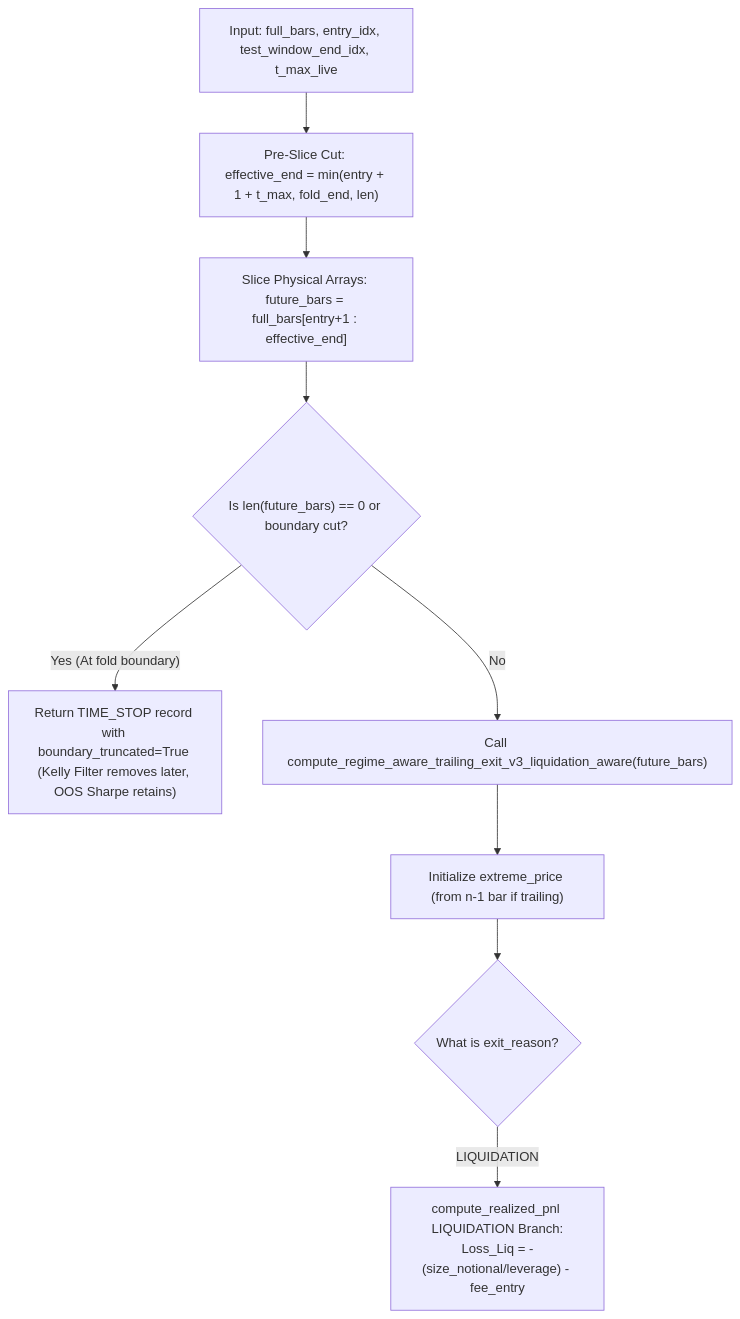
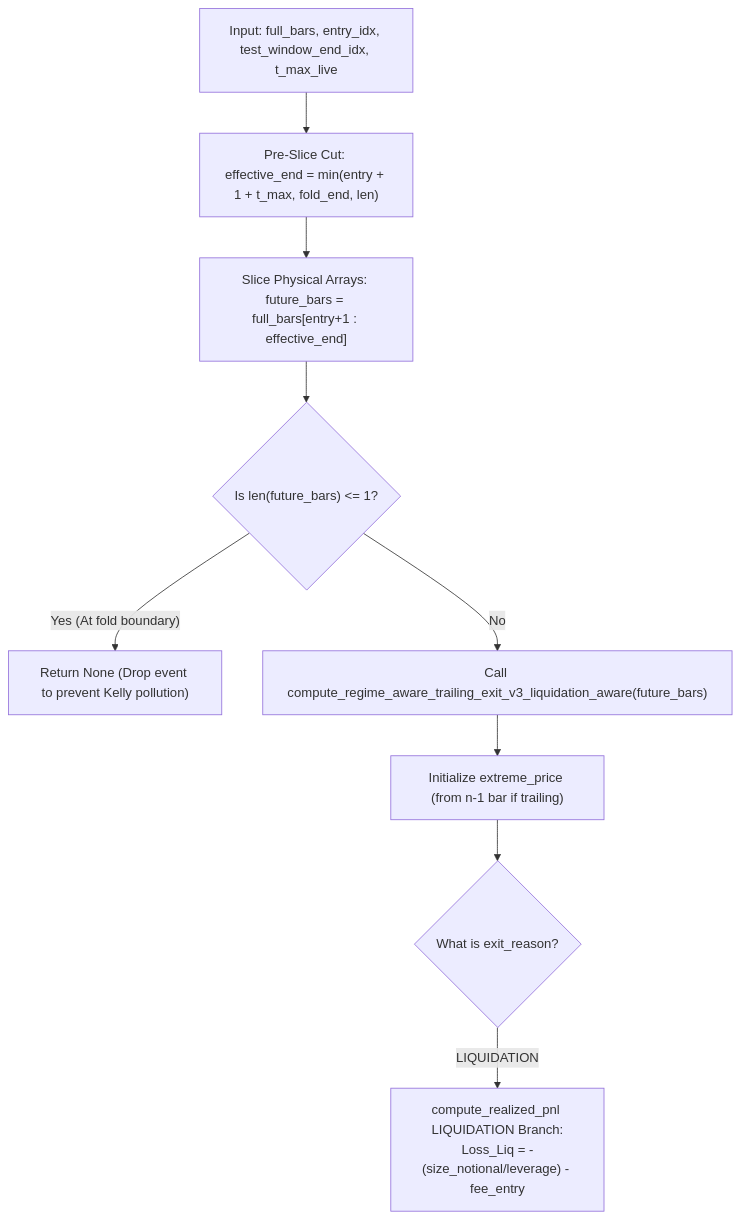
One commit to hoangcongly/1907TacticalAI changed the ninth of 14 diagrams in docs/engineering_audit_and_explanation_report.md. Above: the diagram before and after it, drawn with Mermaid. The commit also changed other lines of this file, not shown here.

````diff
--- a/docs/engineering_audit_and_explanation_report.md
+++ b/docs/engineering_audit_and_explanation_report.md
@@ -811,14 +754,14 @@
 ```mermaid
 flowchart TD
     Input["Input: full_bars, entry_idx, test_window_end_idx, t_max_live"] --> PreSlice["Pre-Slice Cut: effective_end = min(entry + 1 + t_max, fold_end, len)"]
     PreSlice --> SliceArr["Slice Physical Arrays: future_bars = full_bars[entry+1 : effective_end]"]
     
-    SliceArr --> CheckZero{"Is len(future_bars) == 0 or boundary cut?"}
-    CheckZero -->|"Yes (At fold boundary)"| BoundaryRecord["Return TIME_STOP record with boundary_truncated=True (Kelly Filter removes later, OOS Sharpe retains)"]
+    SliceArr --> CheckZero{"Is len(future_bars) <= 1?"}
+    CheckZero -->|"Yes (At fold boundary)"| InstantExit["Return None (Drop event to prevent Kelly pollution)"]
     
     CheckZero -->|No| CallV3["Call compute_regime_aware_trailing_exit_v3_liquidation_aware(future_bars)"]
     CallV3 --> InitExtreme["Initialize extreme_price (from n-1 bar if trailing)"]
     
     InitExtreme --> CheckReason{"What is exit_reason?"}
     CheckReason -->|LIQUIDATION| LiqPnL["compute_realized_pnl LIQUIDATION Branch:<br/>Loss_Liq = -(size_notional/leverage) - fee_entry"]
 ```
````
